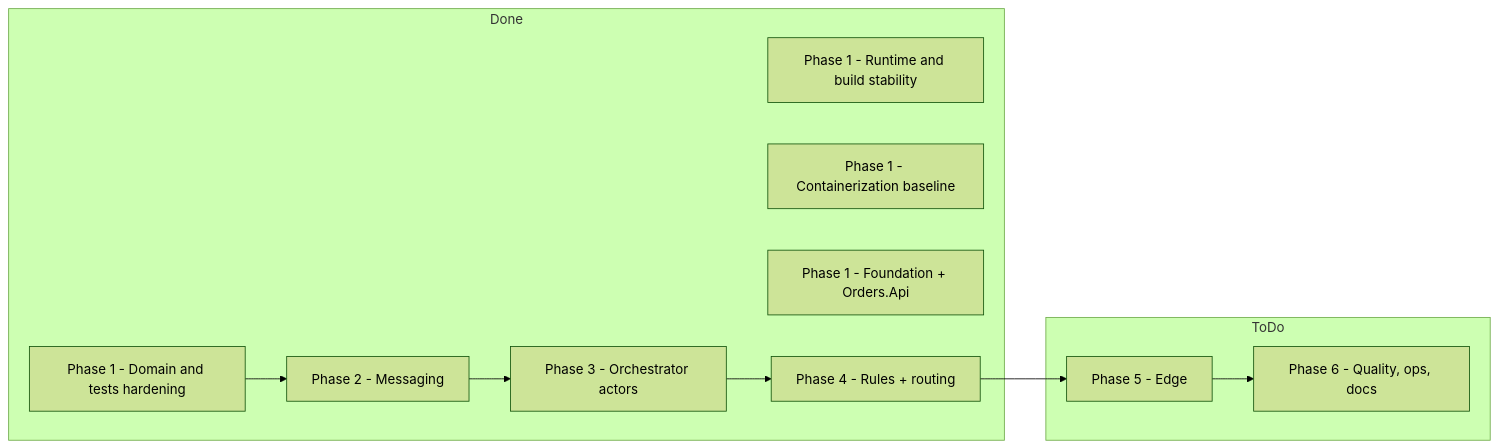
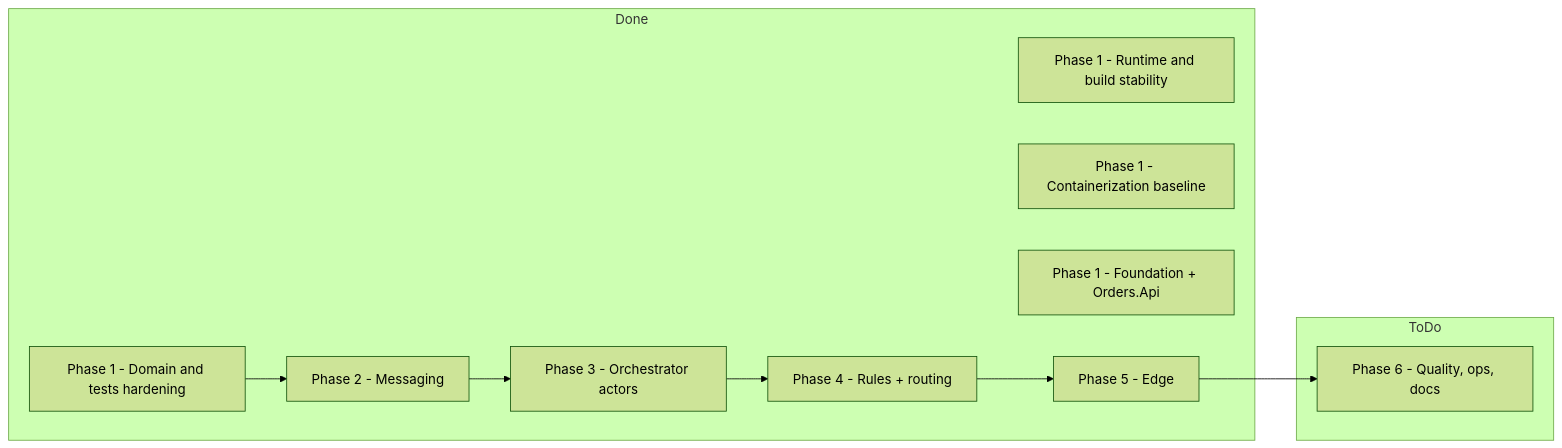
The third of 3 diagrams in README.md (tdutra-dev/intralogistics-orchestrator), drawn with Mermaid (forest theme) before and after one commit. The commit also changed other lines of this file and 7 other files, not shown here.

Commit message:
chore(phase5-6): close edge docs and add observability baseline

````diff
--- a/README.md
+++ b/README.md
@@ -83,19 +97,19 @@
 ```mermaid
 flowchart LR
    subgraph Done
       D1[Phase 1 - Runtime and build stability]
       D2[Phase 1 - Containerization baseline]
       D3[Phase 1 - Foundation + Orders.Api]
       D4[Phase 1 - Domain and tests hardening]
       D5[Phase 2 - Messaging]
       D6[Phase 3 - Orchestrator actors]
       D7[Phase 4 - Rules + routing]
+      D8[Phase 5 - Edge]
    end
 
    subgraph ToDo
-      T5[Phase 5 - Edge]
       T6[Phase 6 - Quality, ops, docs]
    end
 
-   D4 --> D5 --> D6 --> D7 --> T5 --> T6
+   D4 --> D5 --> D6 --> D7 --> D8 --> T6
 ```
````
